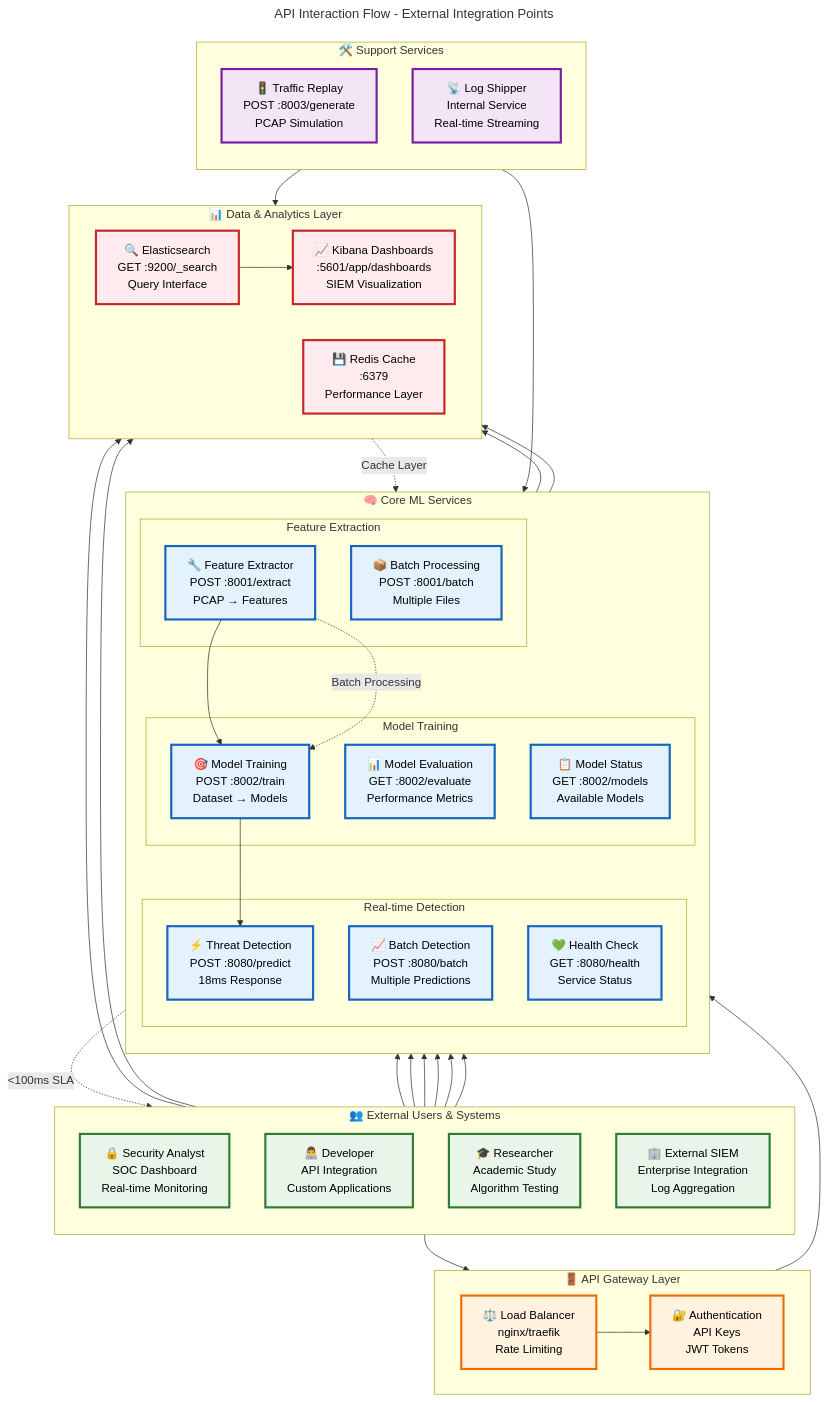
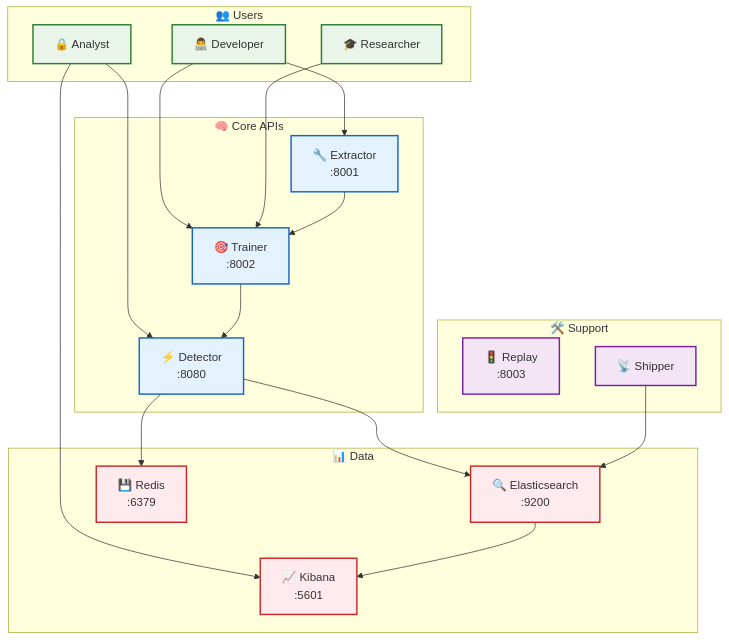
One commit to holdennguyen/suricata-ml-ids changed the fifth of 5 diagrams in README.md. Above: the diagram before and after it, drawn with Mermaid. The commit also changed other lines of this file and 6 other files, not shown here.

````diff
--- a/README.md
+++ b/README.md
@@ -403,102 +265,48 @@
 ```mermaid
----
-title: API Interaction Flow - External Integration Points
----
 flowchart TB
-    %% External Users & Systems
-    subgraph USERS ["👥 External Users & Systems"]
-        direction TB
-        ANALYST[🔒 Security Analyst<br/>SOC Dashboard<br/>Real-time Monitoring]
-        DEV[👨‍💻 Developer<br/>API Integration<br/>Custom Applications]
-        RESEARCHER[🎓 Researcher<br/>Academic Study<br/>Algorithm Testing]
-        SIEM_EXT[🏢 External SIEM<br/>Enterprise Integration<br/>Log Aggregation]
+    subgraph USERS ["👥 Users"]
+        ANALYST[🔒 Analyst]
+        DEV[👨‍💻 Developer]
+        RESEARCHER[🎓 Researcher]
     end
     
-    %% API Gateway & Load Balancer
-    subgraph GATEWAY ["🚪 API Gateway Layer"]
-        direction LR
-        LB[⚖️ Load Balancer<br/>nginx/traefik<br/>Rate Limiting]
-        AUTH[🔐 Authentication<br/>API Keys<br/>JWT Tokens]
+    subgraph CORE ["🧠 Core APIs"]
+        FE_API[🔧 Extractor<br/>:8001]
+        ML_API[🎯 Trainer<br/>:8002]
+        RT_API[⚡ Detector<br/>:8080]
     end
     
-    %% Core ML Services
-    subgraph CORE ["🧠 Core ML Services"]
-        direction TB
-        
-        subgraph FE_SERVICE ["Feature Extraction"]
-            FE_API[🔧 Feature Extractor<br/>POST :8001/extract<br/>PCAP → Features]
-            FE_BATCH[📦 Batch Processing<br/>POST :8001/batch<br/>Multiple Files]
-        end
-        
-        subgraph ML_SERVICE ["Model Training"]
-            ML_TRAIN[🎯 Model Training<br/>POST :8002/train<br/>Dataset → Models]
-            ML_EVAL[📊 Model Evaluation<br/>GET :8002/evaluate<br/>Performance Metrics]
-            ML_STATUS[📋 Model Status<br/>GET :8002/models<br/>Available Models]
-        end
-        
-        subgraph RT_SERVICE ["Real-time Detection"]
-            RT_PREDICT[⚡ Threat Detection<br/>POST :8080/predict<br/>18ms Response]
-            RT_BATCH[📈 Batch Detection<br/>POST :8080/batch<br/>Multiple Predictions]
-            RT_HEALTH[💚 Health Check<br/>GET :8080/health<br/>Service Status]
-        end
+    subgraph SUPPORT ["🛠️ Support"]
+        TR_API[🚦 Replay<br/>:8003]
+        LS_API[📡 Shipper]
     end
     
-    %% Support Services
-    subgraph SUPPORT ["🛠️ Support Services"]
-        direction TB
-        TR_API[🚦 Traffic Replay<br/>POST :8003/generate<br/>PCAP Simulation]
-        LS_API[📡 Log Shipper<br/>Internal Service<br/>Real-time Streaming]
+    subgraph DATA ["📊 Data"]
+        ES_API[🔍 Elasticsearch<br/>:9200]
+        KB_DASH[📈 Kibana<br/>:5601]
+        REDIS_API[💾 Redis<br/>:6379]
     end
     
-    %% Data & Analytics Layer
-    subgraph DATA ["📊 Data & Analytics Layer"]
-        direction LR
-        ES_API[🔍 Elasticsearch<br/>GET :9200/_search<br/>Query Interface]
-        KB_DASH[📈 Kibana Dashboards<br/>:5601/app/dashboards<br/>SIEM Visualization]
-        REDIS_API[💾 Redis Cache<br/>:6379<br/>Performance Layer]
-    end
+    ANALYST --> KB_DASH
+    ANALYST --> RT_API
+    DEV --> FE_API
+    DEV --> ML_API
+    RESEARCHER --> ML_API
     
-    %% User Interactions
-    ANALYST --> KB_DASH
-    ANALYST --> RT_PREDICT
-    DEV --> FE_API
-    DEV --> ML_TRAIN
-    DEV --> RT_PREDICT
-    RESEARCHER --> ML_EVAL
-    RESEARCHER --> ML_STATUS
-    SIEM_EXT --> ES_API
-    
-    %% Gateway Flow
-    USERS --> LB
-    LB --> AUTH
-    AUTH --> CORE
-    
-    %% Service Dependencies
-    FE_API --> ML_TRAIN
-    ML_TRAIN --> RT_PREDICT
-    RT_PREDICT --> REDIS_API
-    TR_API --> FE_API
-    
-    %% Data Flow
-    RT_PREDICT --> ES_API
+    FE_API --> ML_API
+    ML_API --> RT_API
+    RT_API --> REDIS_API
+    RT_API --> ES_API
     LS_API --> ES_API
     ES_API --> KB_DASH
     
-    %% Performance Annotations
-    RT_PREDICT -.->|"<100ms SLA"| ANALYST
-    FE_API -.->|"Batch Processing"| ML_TRAIN
-    REDIS_API -.->|"Cache Layer"| RT_PREDICT
+    classDef user fill:#e8f5e8,stroke:#2e7d32,stroke-width:2px
+    classDef core fill:#e3f2fd,stroke:#1565c0,stroke-width:2px
+    classDef support fill:#f3e5f5,stroke:#7b1fa2,stroke-width:2px
+    classDef data fill:#ffebee,stroke:#c62828,stroke-width:2px
     
-    %% Styling
-    classDef userStyle fill:#e8f5e8,stroke:#2e7d32,stroke-width:3px,color:#000
-    classDef gatewayStyle fill:#fff3e0,stroke:#ef6c00,stroke-width:3px,color:#000
-    classDef coreStyle fill:#e3f2fd,stroke:#1565c0,stroke-width:3px,color:#000
-    classDef supportStyle fill:#f3e5f5,stroke:#7b1fa2,stroke-width:3px,color:#000
-    classDef dataStyle fill:#ffebee,stroke:#c62828,stroke-width:3px,color:#000
-    
-    class ANALYST,DEV,RESEARCHER,SIEM_EXT userStyle
-    class LB,AUTH gatewayStyle
-    class FE_API,FE_BATCH,ML_TRAIN,ML_EVAL,ML_STATUS,RT_PREDICT,RT_BATCH,RT_HEALTH coreStyle
-    class TR_API,LS_API supportStyle
-    class ES_API,KB_DASH,REDIS_API dataStyle
+    class ANALYST,DEV,RESEARCHER user
+    class FE_API,ML_API,RT_API core
+    class TR_API,LS_API support
+    class ES_API,KB_DASH,REDIS_API data
 ```
````
